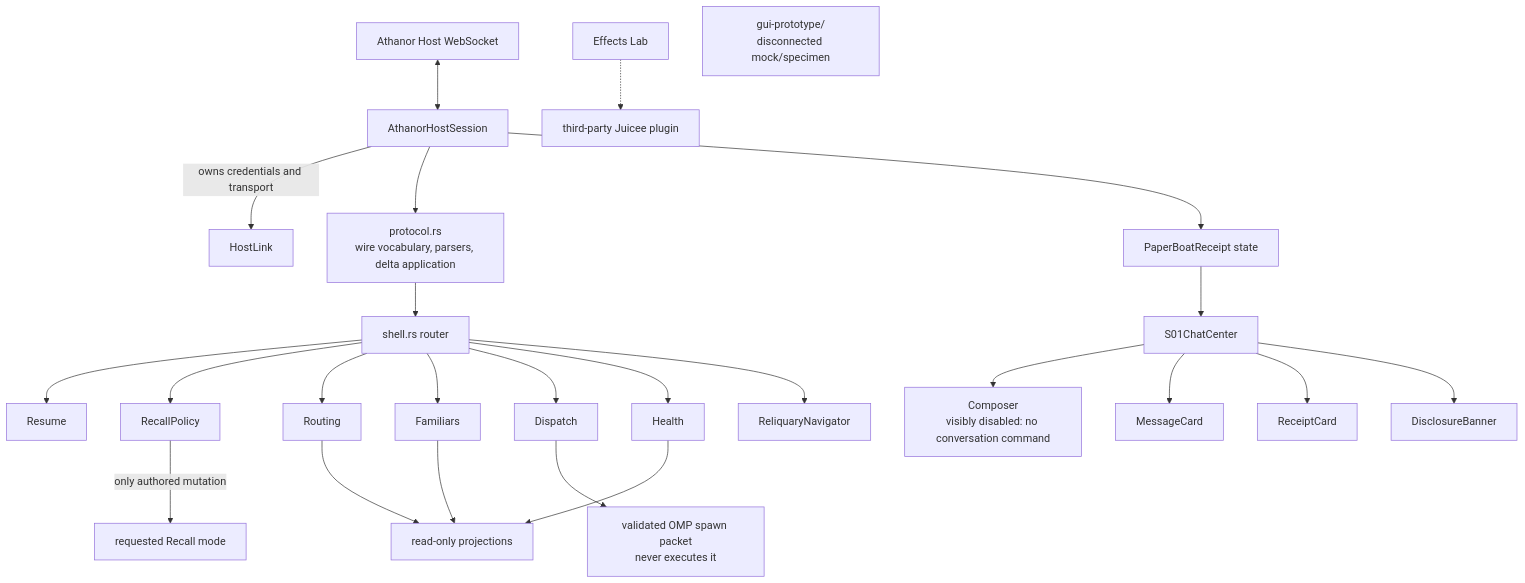
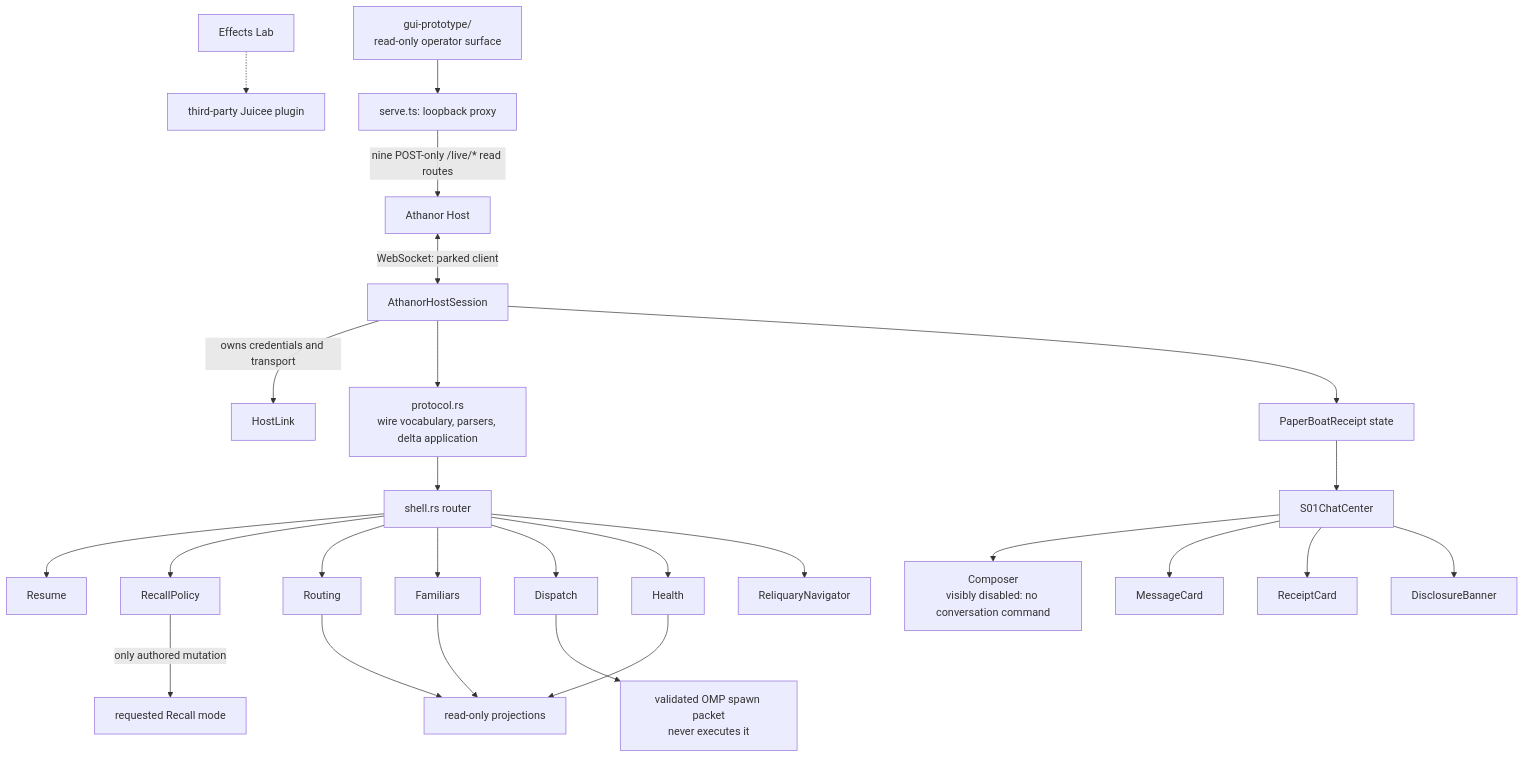
One commit to solarisael/the-athanor changed diagram 16 of 16 in docs/CODE_FLOW_MAP.md. Above: the diagram before and after it, drawn with Mermaid. The commit also changed other lines of this file and 15 other files, not shown here.

First line of the commit message:
docs: the web prototype is the operator door; Godot is parked

````diff
--- a/docs/CODE_FLOW_MAP.md
+++ b/docs/CODE_FLOW_MAP.md
@@ -678,31 +680,32 @@
 ```mermaid
 flowchart TD
-    Host["Athanor Host WebSocket"] <--> Session["AthanorHostSession"]
+    Host["Athanor Host"] <-->|WebSocket: parked client| Session["AthanorHostSession"]
     Session -->|"owns credentials and transport"| Link["HostLink"]
     Session --> Protocol["protocol.rs<br/>wire vocabulary, parsers, delta application"]
     Protocol --> Shell["shell.rs router"]
 
     Shell --> Resume["Resume"]
     Shell --> Policy["RecallPolicy"]
     Shell --> Routing["Routing"]
     Shell --> Familiar["Familiars"]
     Shell --> Dispatch["Dispatch"]
     Shell --> Health["Health"]
 
     Policy -->|"only authored mutation"| Requested["requested Recall mode"]
     Routing --> ReadOnly["read-only projections"]
     Familiar --> ReadOnly
     Health --> ReadOnly
     Dispatch --> Packet["validated OMP spawn packet<br/>never executes it"]
 
     Session --> Boat["PaperBoatReceipt state"]
     Boat --> Chat["S01ChatCenter"]
     Chat --> Composer["Composer<br/>visibly disabled: no conversation command"]
     Chat --> Message["MessageCard"]
     Chat --> Receipt["ReceiptCard"]
     Chat --> Disclosure["DisclosureBanner"]
     Shell --> Nav["ReliquaryNavigator"]
 
     Effects["Effects Lab"] -.-> Juicee["third-party Juicee plugin"]
-    Prototype["gui-prototype/<br/>disconnected mock/specimen"]
+    Prototype["gui-prototype/<br/>read-only operator surface"] --> Proxy["serve.ts: loopback proxy"]
+    Proxy -->|nine POST-only /live/* read routes| Host
 ```
````
